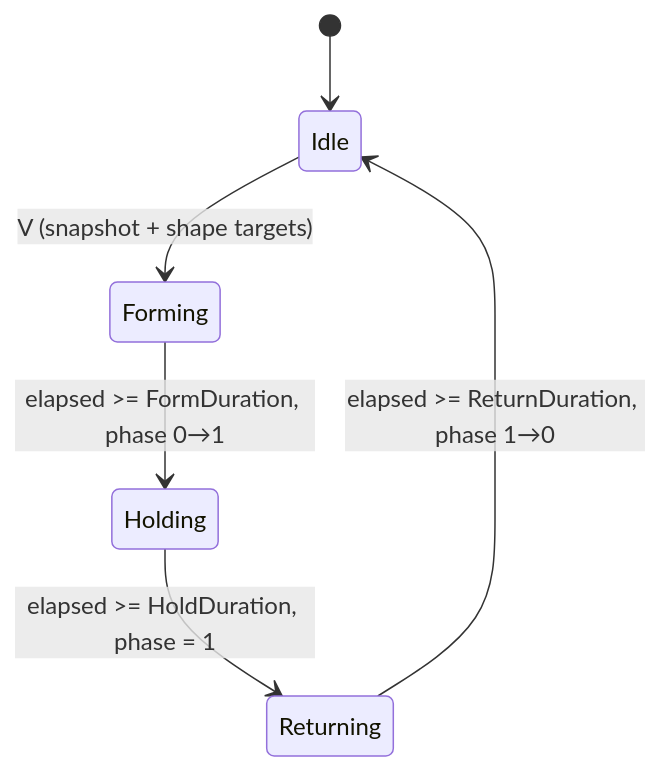
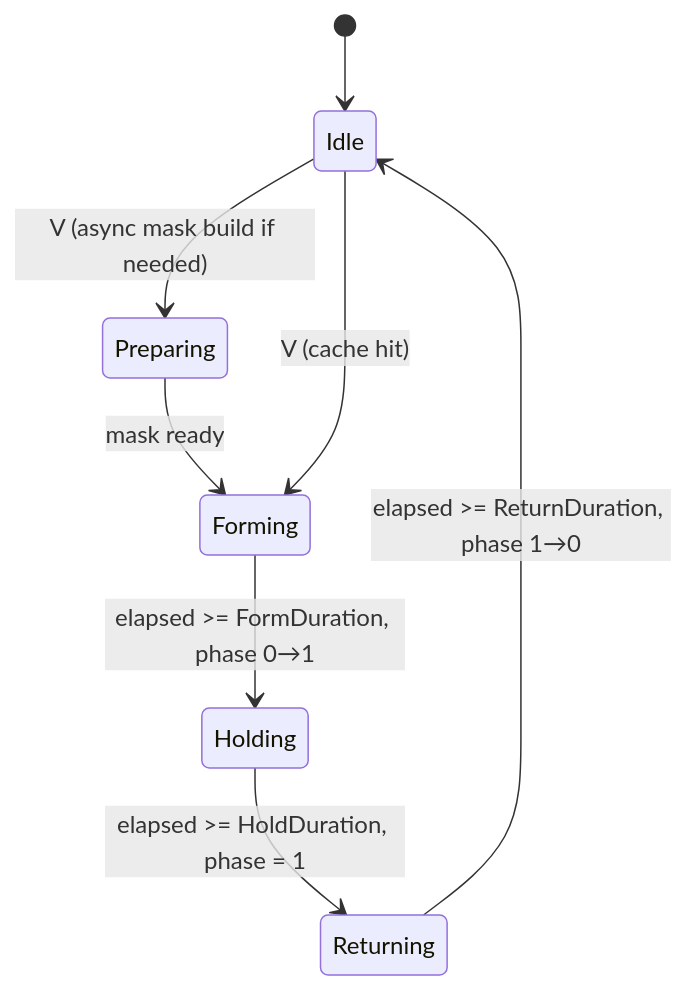
Before and after one commit to vecnode/metaagent-ue5-plugin: the ninth of 10 diagrams in README.md, drawn with Mermaid. The commit also changed other lines of this file and 11 other files, not shown here.

````diff
--- a/README.md
+++ b/README.md
@@ -619,9 +622,11 @@
 ```mermaid
 stateDiagram-v2
     [*] --> Idle
-    Idle --> Forming: V (snapshot + shape targets)
+    Idle --> Preparing: V (async mask build if needed)
+    Preparing --> Forming: mask ready
+    Idle --> Forming: V (cache hit)
     Forming --> Holding: elapsed >= FormDuration, phase 0→1
     Holding --> Returning: elapsed >= HoldDuration, phase = 1
     Returning --> Idle: elapsed >= ReturnDuration, phase 1→0
 
 ```
````
